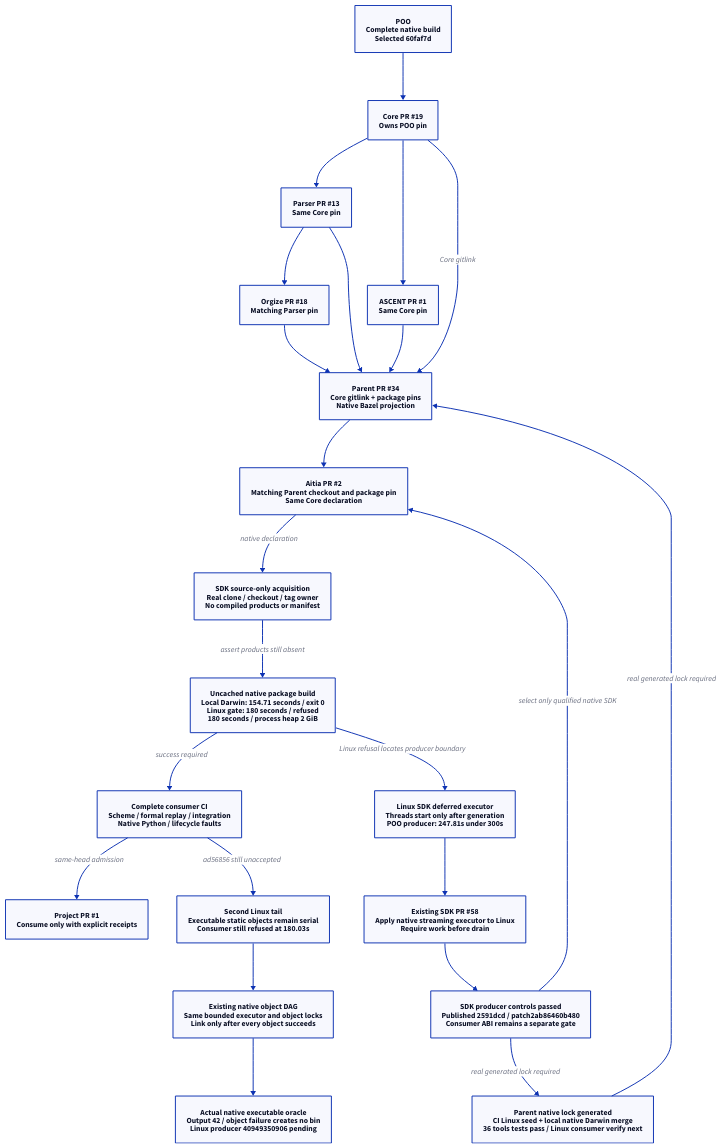
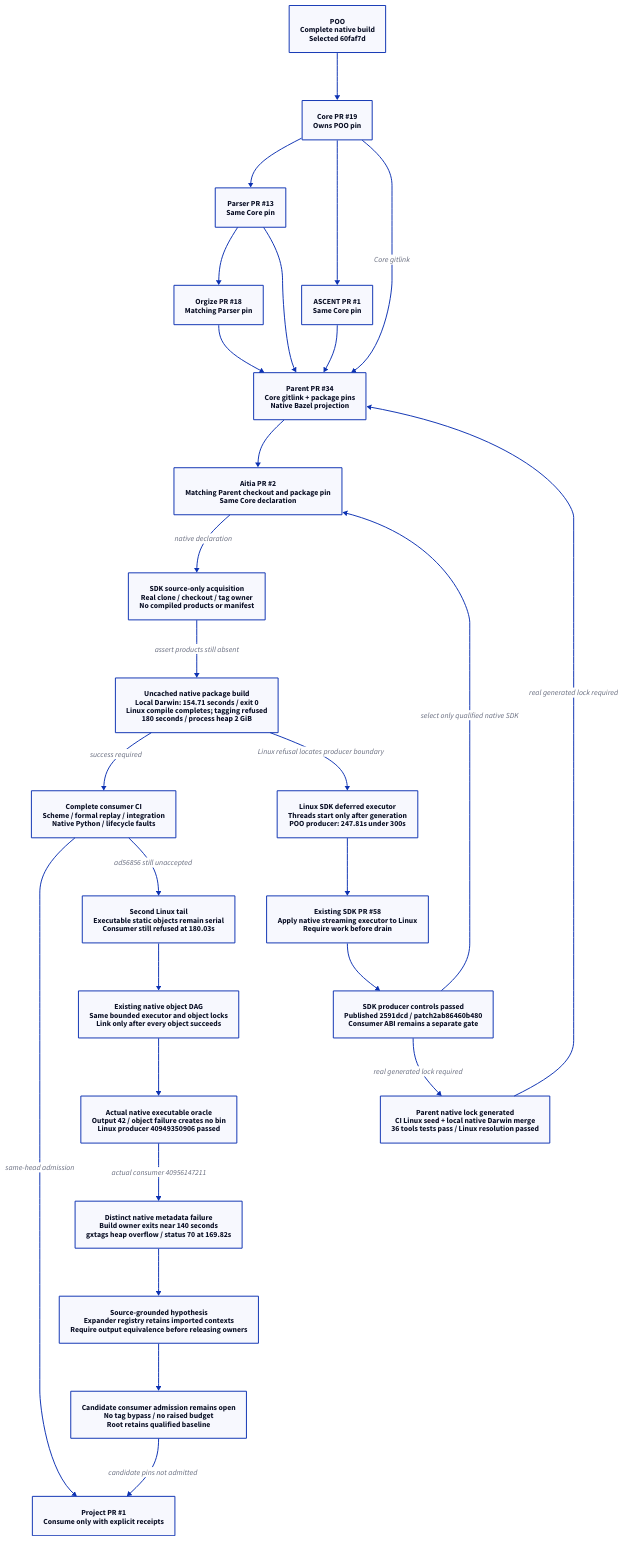
The diagram in docs/90-99-views/90-architecture-views/90.128-native-cohort-source-acquisition.d2 (hardenedlinux/deterministic-engineering), drawn with D2 before and after one commit. The commit also changed 2 other files, not shown here.

Commit message:
docs: distinguish native tagging heap failure from compiler deadline

```diff
--- a/docs/90-99-views/90-architecture-views/90.128-native-cohort-source-acquisition.d2
+++ b/docs/90-99-views/90-architecture-views/90.128-native-cohort-source-acquisition.d2
@@ -1,41 +1,49 @@
 direction: down
 poo: "POO\nComplete native build\nSelected 60faf7d"
 core: "Core PR #19\nOwns POO pin"
 parser: "Parser PR #13\nSame Core pin"
 ascent: "ASCENT PR #1\nSame Core pin"
 orgize: "Orgize PR #18\nMatching Parser pin"
 parent: "Parent PR #34\nCore gitlink + package pins\nNative Bazel projection"
 aitia: "Aitia PR #2\nMatching Parent checkout and package pin\nSame Core declaration"
 source: "SDK source-only acquisition\nReal clone / checkout / tag owner\nNo compiled products or manifest"
-cold: "Uncached native package build\nLocal Darwin: 154.71 seconds / exit 0\nLinux gate: 180 seconds / refused\n180 seconds / process heap 2 GiB"
+cold: "Uncached native package build\nLocal Darwin: 154.71 seconds / exit 0\nLinux compile completes; tagging refused\n180 seconds / process heap 2 GiB"
 consumer: "Complete consumer CI\nScheme / formal replay / integration\nNative Python / lifecycle faults"
 root: "Project PR #1\nConsume only with explicit receipts"
 poo -> core
 core -> parser
 core -> ascent
 parser -> orgize
 core -> parent: "Core gitlink"
 parser -> parent
 ascent -> parent
 orgize -> parent
 parent -> aitia
 aitia -> source: "native declaration"
 source -> cold: "assert products still absent"
 cold -> consumer: "success required"
 consumer -> root: "same-head admission"
 
 sdk_old: "Linux SDK deferred executor\nThreads start only after generation\nPOO producer: 247.81s under 300s"
 sdk_fix: "Existing SDK PR #58\nApply native streaming executor to Linux\nRequire work before drain"
 sdk_admit: "SDK producer controls passed\nPublished 2591dcd / patch2ab86460b480\nConsumer ABI remains a separate gate"
 sdk_old -> sdk_fix -> sdk_admit
 sdk_admit -> aitia: "select only qualified native SDK"
 cold -> sdk_old: "Linux refusal locates producer boundary"
 
-lock: "Parent native lock generated\nCI Linux seed + local native Darwin merge\n36 tools tests pass / Linux consumer verify next"
+lock: "Parent native lock generated\nCI Linux seed + local native Darwin merge\n36 tools tests pass / Linux resolution passed"
 sdk_admit -> lock -> parent: "real generated lock required"
 
 object_tail: "Second Linux tail\nExecutable static objects remain serial\nConsumer still refused at 180.03s"
 object_fix: "Existing native object DAG\nSame bounded executor and object locks\nLink only after every object succeeds"
-object_controls: "Actual native executable oracle\nOutput 42 / object failure creates no bin\nLinux producer 40949350906 pending"
+object_controls: "Actual native executable oracle\nOutput 42 / object failure creates no bin\nLinux producer 40949350906 passed"
 consumer -> object_tail: "ad56856 still unaccepted"
 object_tail -> object_fix -> object_controls
+
+
+tagging: "Distinct native metadata failure\nBuild owner exits near 140 seconds\ngxtags heap overflow / status 70 at 169.82s"
+retention: "Source-grounded hypothesis\nExpander registry retains imported contexts\nRequire output equivalence before releasing owners"
+blocked: "Candidate consumer admission remains open\nNo tag bypass / no raised budget\nRoot retains qualified baseline"
+object_controls -> tagging: "actual consumer 40956147211"
+tagging -> retention -> blocked
+blocked -> root: "candidate pins not admitted"
```
